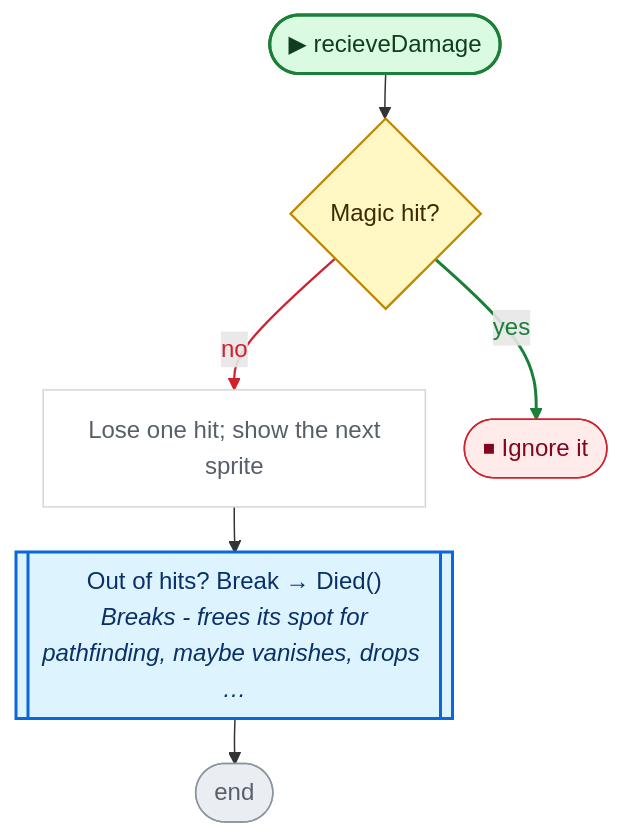
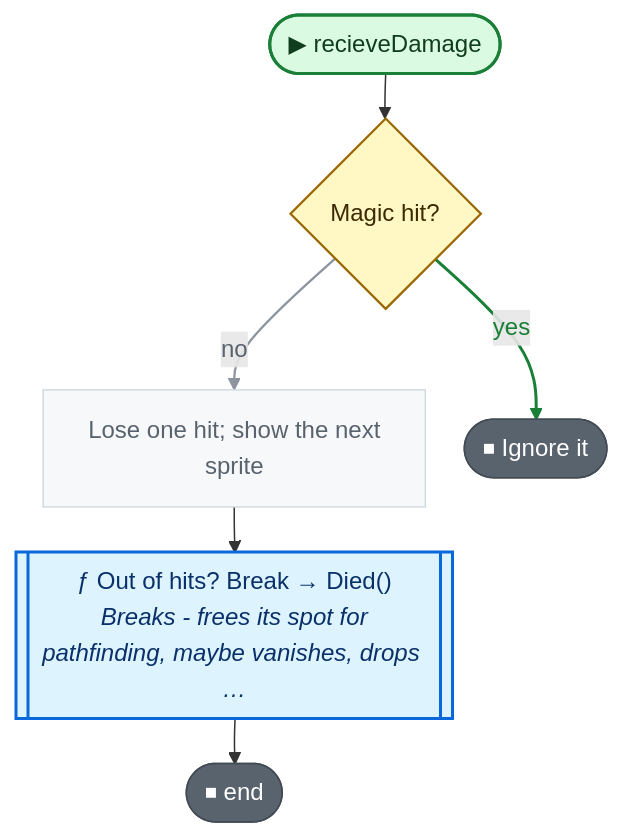
Before and after one commit to nataiai/Lord-of-the-Dungeon: the third of 3 diagrams in CodeGraph~/graph/DestructableObj.cs.md, drawn with Mermaid. The commit also changed other lines of this file and 57 other files, not shown here.

````diff
--- a/CodeGraph~/graph/DestructableObj.cs.md
+++ b/CodeGraph~/graph/DestructableObj.cs.md
@@ -107,43 +109,43 @@
 ```mermaid
 ---
 config:
   flowchart:
     wrappingWidth: 260
     nodeSpacing: 26
     rankSpacing: 30
 ---
 flowchart TD
   nS(["▶ recieveDamage"])
   n129e7b{"Magic hit?"}
   n9ada94["Lose one hit; show the next<br>sprite"]
-  n300dd8[["Out of hits? Break → Died()<br><i>Breaks - frees its spot for</i><br><i>pathfinding, maybe vanishes, drops …</i>"]]
-  nE(["end"])
+  n300dd8[["ƒ Out of hits? Break → Died()<br><i>Breaks - frees its spot for</i><br><i>pathfinding, maybe vanishes, drops …</i>"]]
+  nE(["⏹ end"])
   nb2e4fc(["⏹ Ignore it"])
   nS --> n129e7b
   n129e7b -->|no| n9ada94
   n129e7b -->|yes| nb2e4fc
   n9ada94 --> n300dd8
   n300dd8 --> nE
-  linkStyle 1 stroke:#cf222e,stroke-width:1.5px,color:#cf222e
+  linkStyle 1 stroke:#8c959f,stroke-width:1.5px,color:#59636e
   linkStyle 2 stroke:#1a7f37,stroke-width:2px,color:#1a7f37
   classDef unity fill:#dafbe1,stroke:#1a7f37,stroke-width:2px,color:#0f3d1d
   classDef start fill:#dafbe1,stroke:#1a7f37,stroke-width:2px,color:#0f3d1d
-  classDef calc fill:#ffffff,stroke:#d0d7de,color:#57606a
+  classDef calc fill:#f6f8fa,stroke:#d1d9e0,color:#59636e
   classDef calls fill:#ddf4ff,stroke:#0969da,stroke-width:2px,color:#0a3069
-  classDef ext fill:#ddf4ff,stroke:#0969da,stroke-width:2px,stroke-dasharray:5 3,color:#0a3069
-  classDef cond fill:#fff8c5,stroke:#bf8700,stroke-width:1.5px,color:#3d2a00
-  classDef loop fill:#f6f8fa,stroke:#57606a,color:#1f2328
-  classDef exit fill:#ffebe9,stroke:#cf222e,color:#82071e
+  classDef ext fill:#f6f8fa,stroke:#59636e,stroke-width:1.5px,stroke-dasharray:5 5,color:#1f2328
+  classDef cond fill:#fff8c5,stroke:#9a6700,stroke-width:1.5px,color:#3d2a00
+  classDef loop fill:#fff8c5,stroke:#9a6700,color:#3d2a00
+  classDef wait fill:#fff8c5,stroke:#9a6700,color:#3d2a00
+  classDef exit fill:#59636e,stroke:#424a53,color:#ffffff
+  classDef fin fill:#59636e,stroke:#424a53,color:#ffffff
+  classDef act fill:#ffffff,stroke:#59636e,stroke-width:1.5px,color:#1f2328
   classDef kill fill:#ffebe9,stroke:#cf222e,stroke-width:2px,color:#82071e
-  classDef spawn fill:#dafbe1,stroke:#1a7f37,stroke-width:2px,color:#0f3d1d
-  classDef wait fill:#fff1e5,stroke:#bc4c00,color:#4d1d00
-  classDef fin fill:#eaeef2,stroke:#8c959f,color:#57606a
   classDef join fill:#d0d7de,stroke:#8c959f,color:#57606a
   classDef ghdr fill:#f5f9ff,stroke:#f5f9ff,color:#0a3069,font-weight:bold
   class n9ada94 calc
   class n300dd8 calls
   class n129e7b cond
   class nb2e4fc exit
   class nE fin
   class nS start
 ```
````
